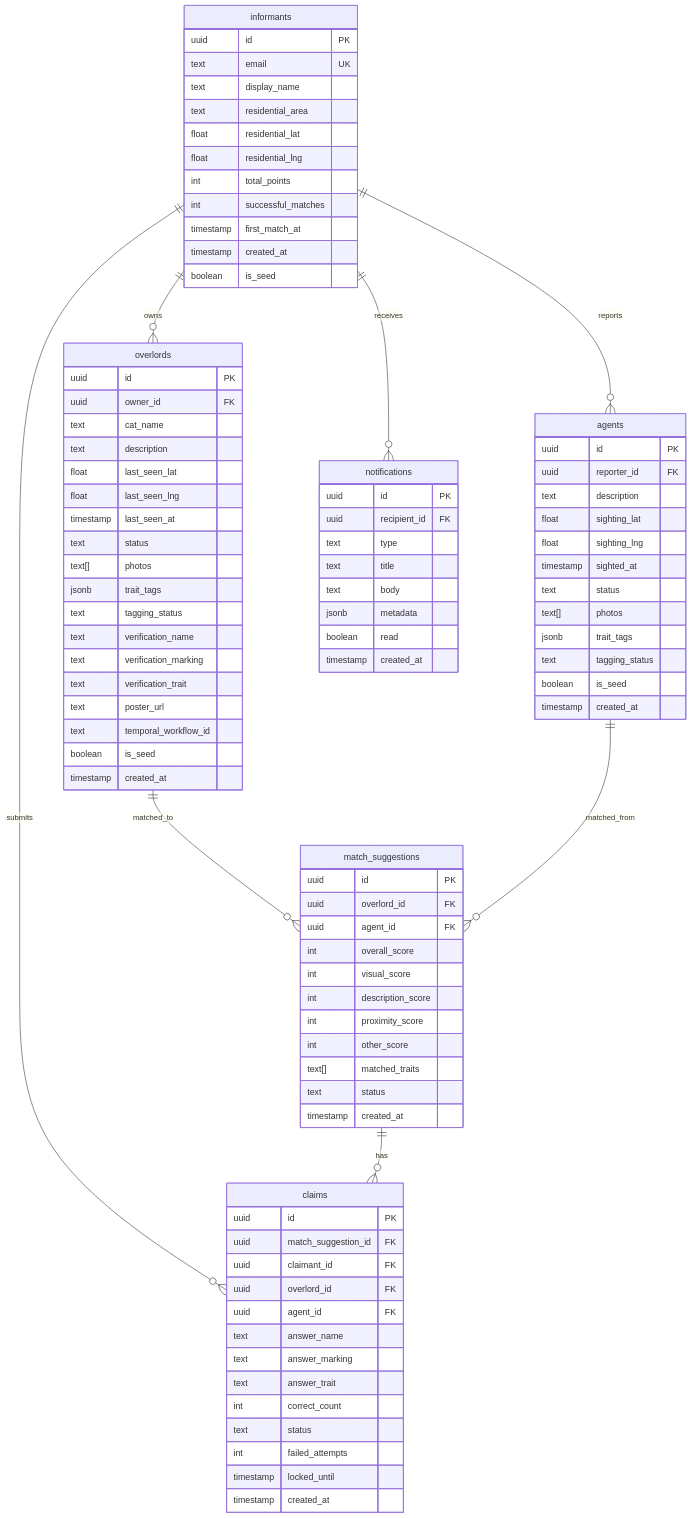
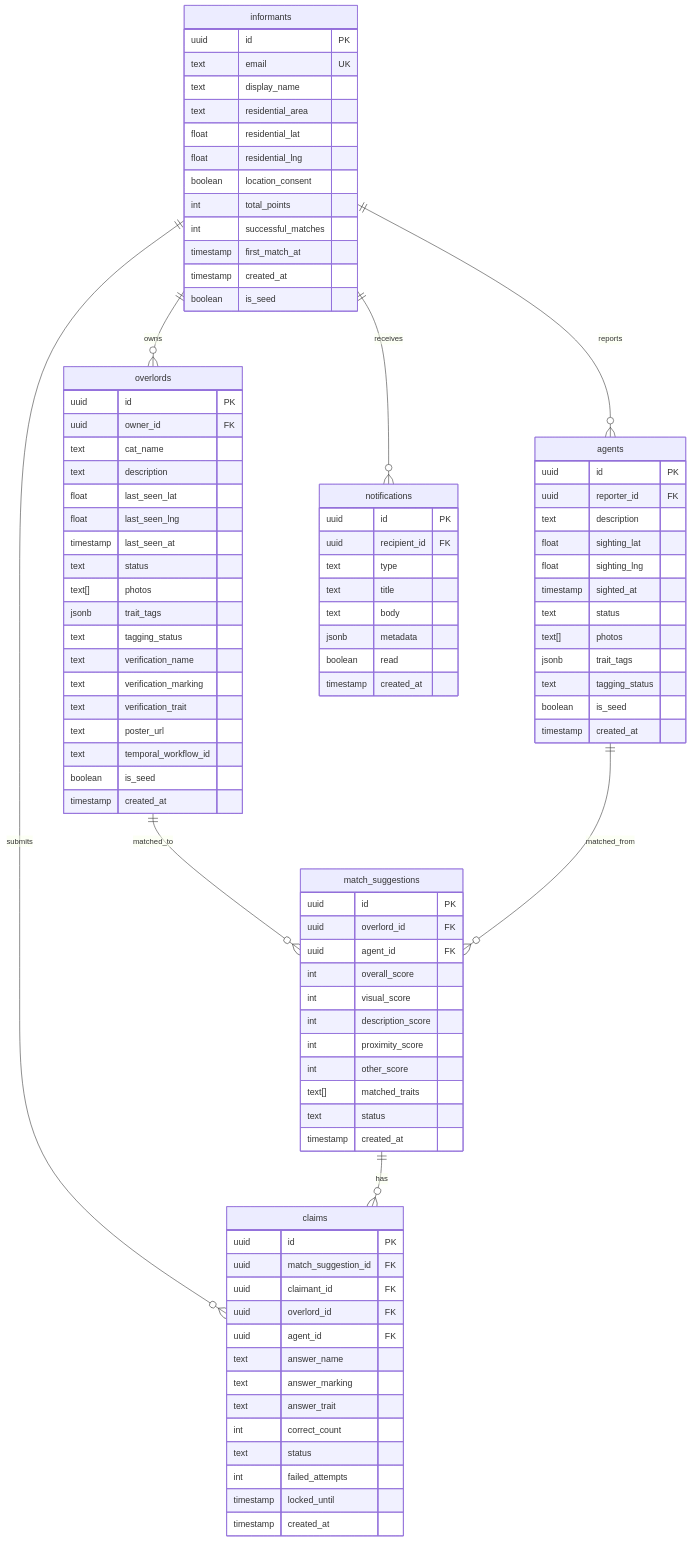
Before and after one commit to tranviet0710/meowtrix: the third of 3 diagrams in .kiro/specs/meowtrix/design.md, drawn with Mermaid. The commit also changed other lines of this file, not shown here.

```diff
--- a/.kiro/specs/meowtrix/design.md
+++ b/.kiro/specs/meowtrix/design.md
@@ -385,6 +395,7 @@
         text residential_area
         float residential_lat
         float residential_lng
+        boolean location_consent
         int total_points
         int successful_matches
         timestamp first_match_at
```
